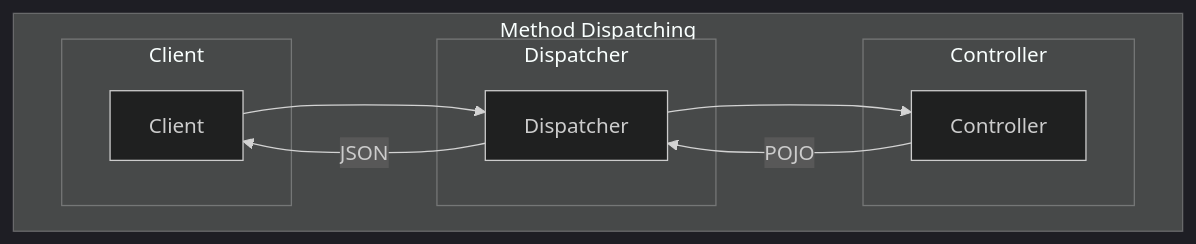
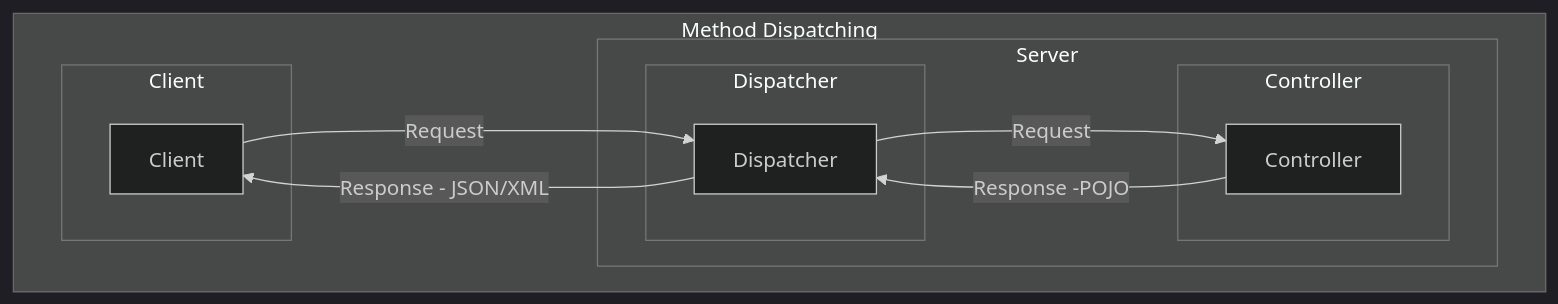
The fourth of 5 diagrams in pages/Week02Notes.md (rumq/spring-boot-in-3-weeks), drawn with Mermaid (dark theme) before and after one commit. The commit also changed other lines of this file, not shown here.

````diff
--- a/pages/Week02Notes.md
+++ b/pages/Week02Notes.md
@@ -239,18 +269,23 @@
 ```mermaid
 flowchart
     subgraph "Method Dispatching"
-
-        subgraph "Controller"
-            CR
-        end
-        subgraph "Dispatcher"
-            D[Dispatcher] --> CR[Controller]
-            CR --> |POJO| D
+        Client  
+        Dispatcher 
+        Controller
+        subgraph "Server"
+            subgraph "Controller"
+                CR
+            end
+            subgraph "Dispatcher"
+                D[Dispatcher] --> |Request| CR[Controller]
+                CR --> |Response -POJO| D
+            end
         end
         subgraph "Client"
-            C[Client] --> D
-            D --> |JSON| C
+            C[Client] --> |Request|D
+            D --> |Response - JSON/XML| C
         end
+
     end
 
 ```
````
